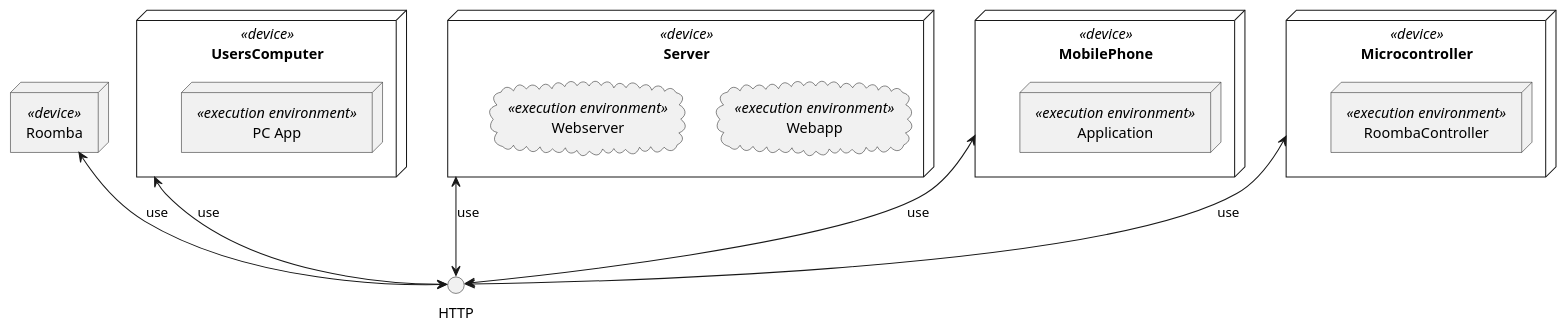
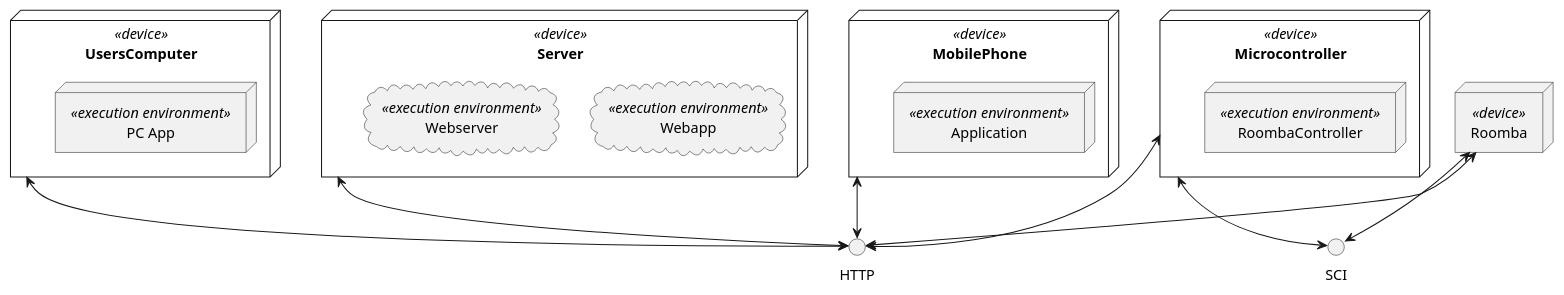
The diagram in UML/Deployment_Diagram.puml (VvWijhe/Cleanify), drawn with PlantUML before and after one commit.

Commit message:
Deployment diagram made

```diff
--- a/UML/Deployment_Diagram.puml
+++ b/UML/Deployment_Diagram.puml
@@ -1,28 +1,30 @@
 @startuml
 
 node UsersComputer <<device>> {
     node "PC App" <<execution environment>>
 }
 
 node Server <<device>> {
     cloud "Webapp" <<execution environment>>
     cloud "Webserver" <<execution environment>>
 }
 
 node MobilePhone <<device>> {
     node "Application" <<execution environment>>
 }
 
 node Microcontroller <<device>> {
     node "RoombaController" <<execution environment>>
 }
 
 node Roomba <<device>>
 
-UsersComputer <--> () HTTP: use
-MobilePhone <--> () HTTP: use
-Server <--> HTTP: use
-Microcontroller <--> HTTP: use
-Roomba <--> HTTP: use
+UsersComputer <--> () HTTP
+MobilePhone <--> () HTTP
+Server <--> HTTP
+Microcontroller <--> HTTP
+Roomba <--> HTTP
+Microcontroller <--> () SCI
+Roomba <--> () SCI
 
 @enduml
```
